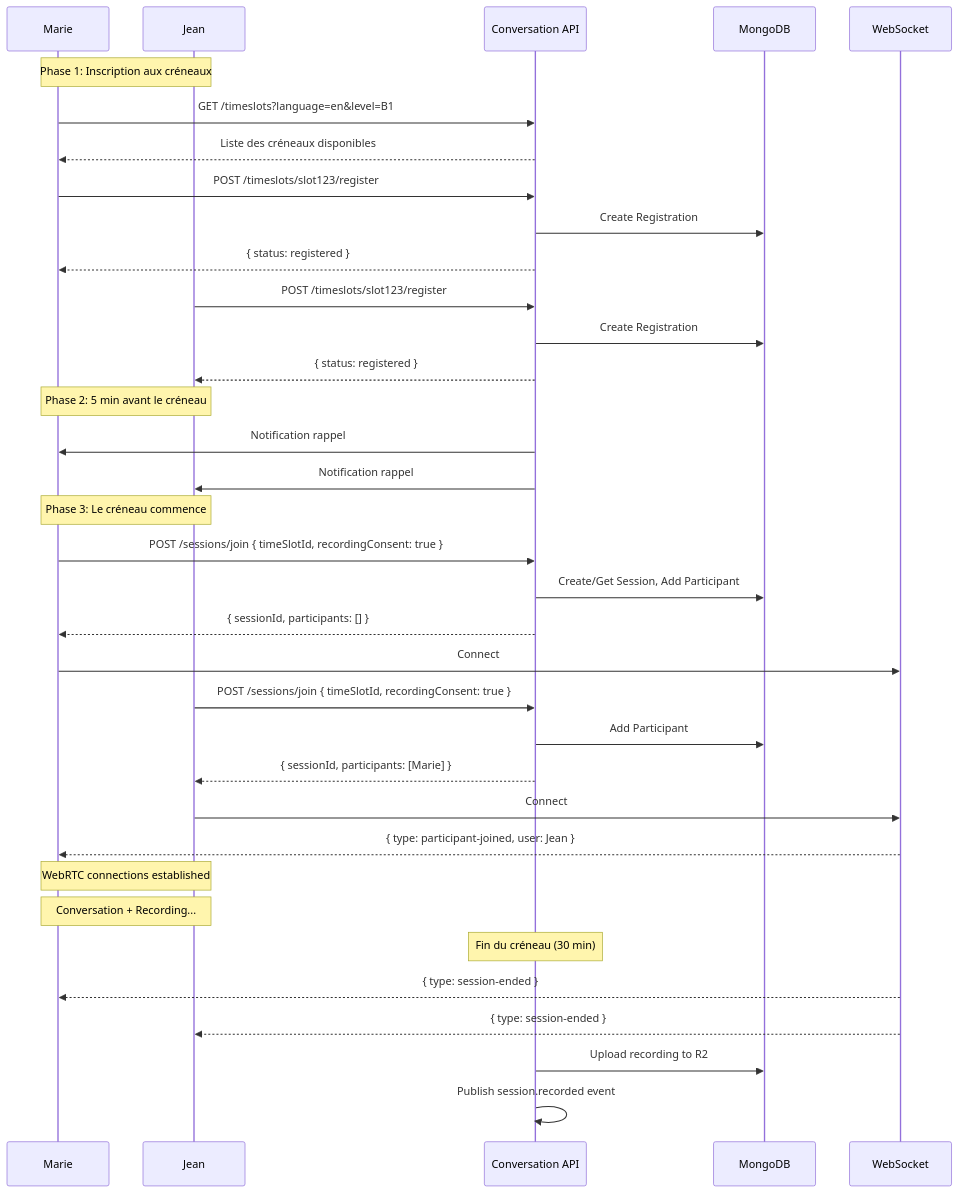
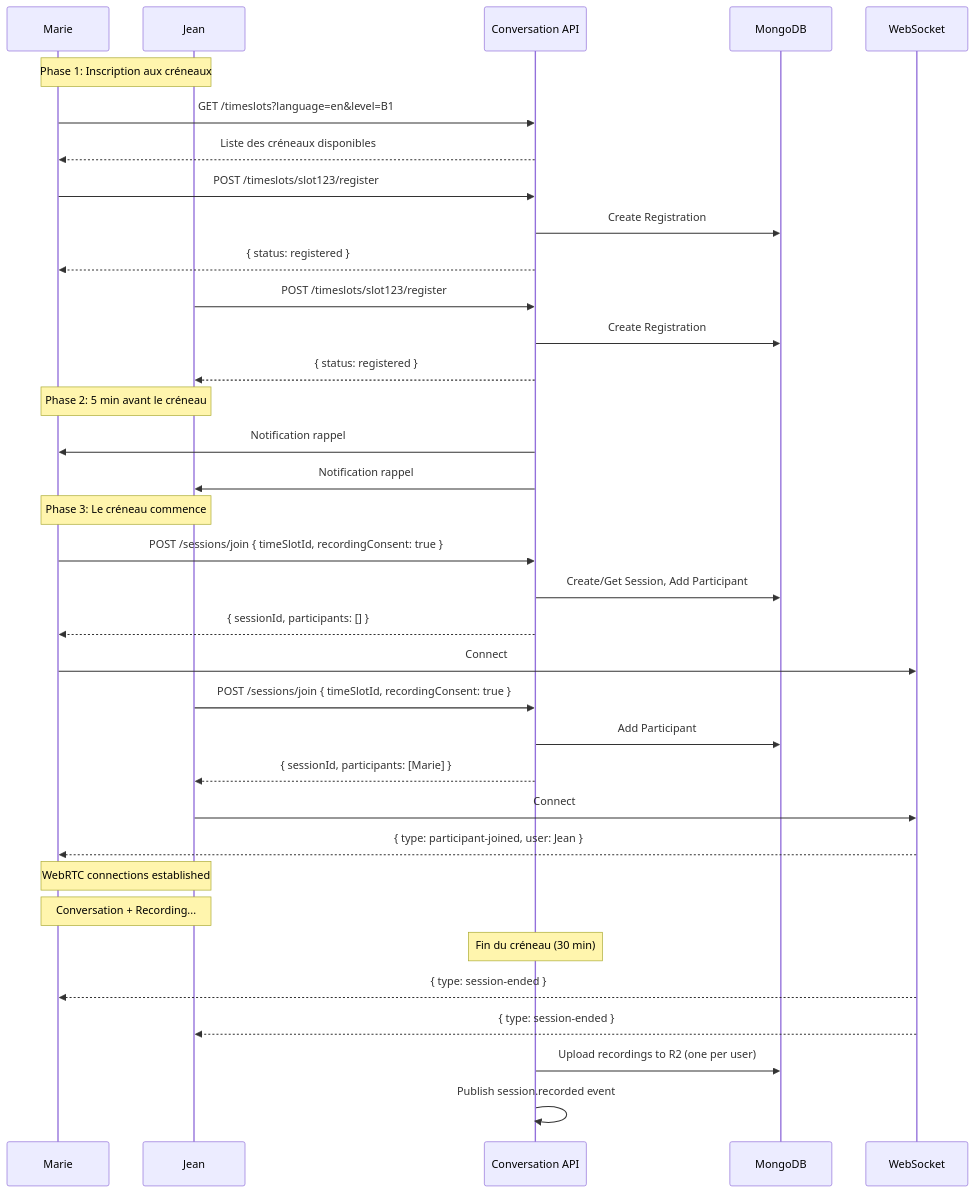
Before and after one commit to we-speak-org/wespeak-specifications: the second of 6 diagrams in 03-conversation-service/DIAGRAMS.md, drawn with Mermaid. The commit also changed other lines of this file and 10 other files, not shown here.

````diff
--- a/03-conversation-service/DIAGRAMS.md
+++ b/03-conversation-service/DIAGRAMS.md
@@ -63,50 +63,50 @@
 ```mermaid
 sequenceDiagram
     participant U1 as Marie
     participant U2 as Jean
     participant API as Conversation API
     participant DB as MongoDB
     participant WS as WebSocket
 
     Note over U1,U2: Phase 1: Inscription aux créneaux
 
     U1->>API: GET /timeslots?language=en&level=B1
     API-->>U1: Liste des créneaux disponibles
     
     U1->>API: POST /timeslots/slot123/register
     API->>DB: Create Registration
     API-->>U1: { status: registered }
     
     U2->>API: POST /timeslots/slot123/register
     API->>DB: Create Registration
     API-->>U2: { status: registered }
 
     Note over U1,U2: Phase 2: 5 min avant le créneau
     
     API->>U1: Notification rappel
     API->>U2: Notification rappel
 
     Note over U1,U2: Phase 3: Le créneau commence
 
     U1->>API: POST /sessions/join { timeSlotId, recordingConsent: true }
     API->>DB: Create/Get Session, Add Participant
     API-->>U1: { sessionId, participants: [] }
     U1->>WS: Connect
     
     U2->>API: POST /sessions/join { timeSlotId, recordingConsent: true }
     API->>DB: Add Participant
     API-->>U2: { sessionId, participants: [Marie] }
     U2->>WS: Connect
     
     WS-->>U1: { type: participant-joined, user: Jean }
     
     Note over U1,U2: WebRTC connections established
     Note over U1,U2: Conversation + Recording...
     
     Note over API: Fin du créneau (30 min)
     
     WS-->>U1: { type: session-ended }
     WS-->>U2: { type: session-ended }
-    API->>DB: Upload recording to R2
+    API->>DB: Upload recordings to R2 (one per user)
     API->>API: Publish session.recorded event
 ```
````
